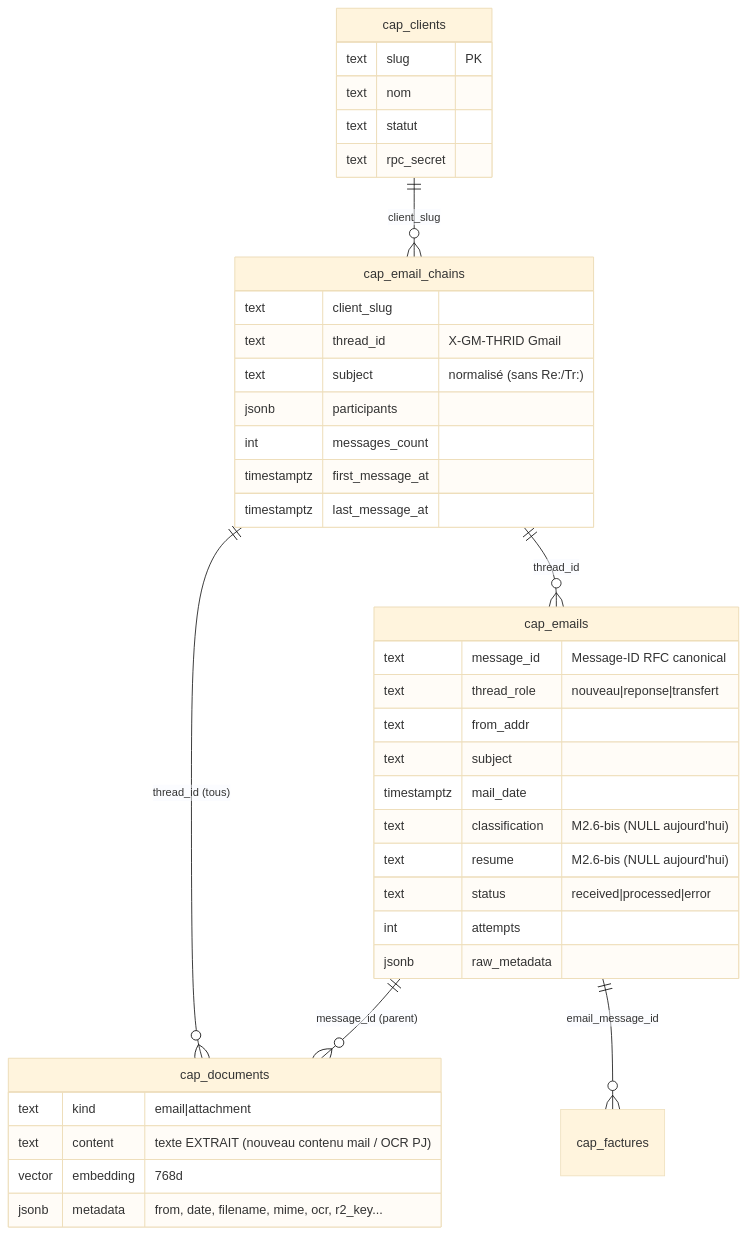
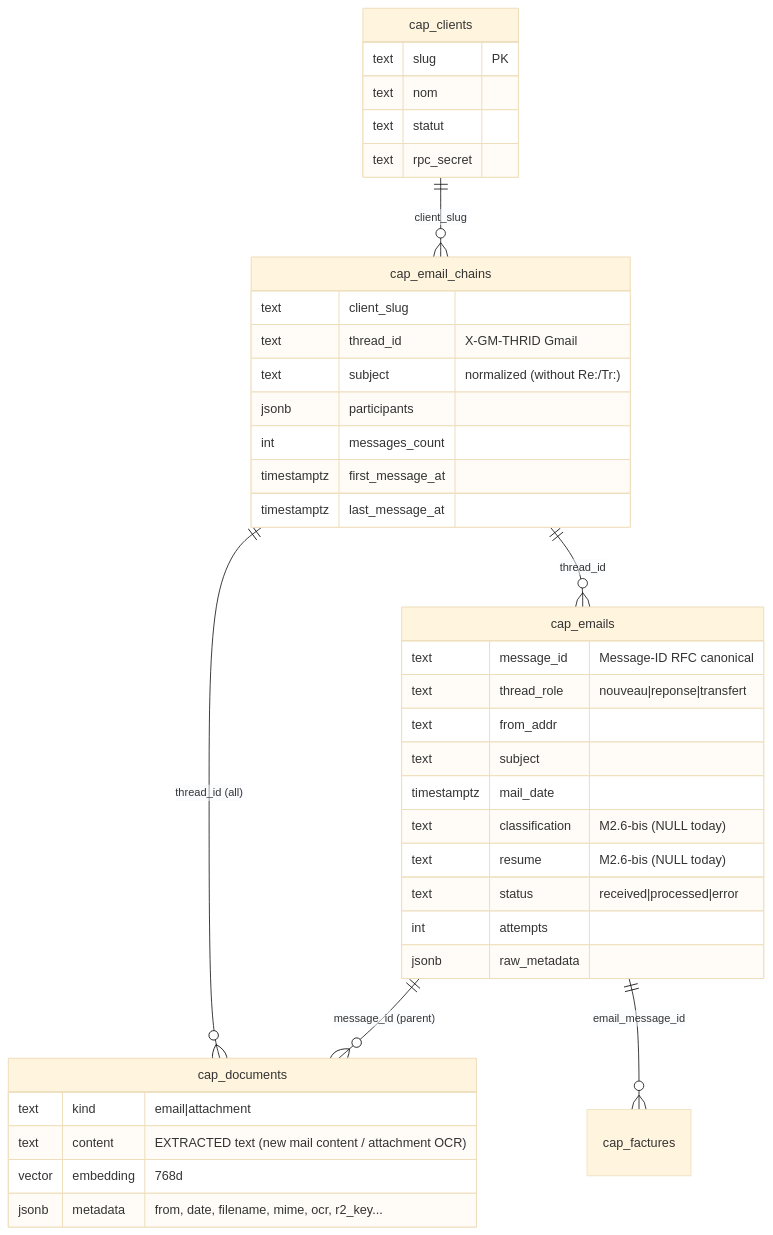
Before and after one commit to Dredouane/VPS: the diagram in HermesCapabilities/WEBAPP_DATA_MAPPING.md, drawn with Mermaid (base theme). The commit also changed other lines of this file and 83 other files, not shown here.

````diff
--- a/HermesCapabilities/WEBAPP_DATA_MAPPING.md
+++ b/HermesCapabilities/WEBAPP_DATA_MAPPING.md
@@ -12,41 +12,41 @@
 ```mermaid
 erDiagram
     cap_clients ||--o{ cap_email_chains : "client_slug"
     cap_email_chains ||--o{ cap_emails : "thread_id"
     cap_emails ||--o{ cap_documents : "message_id (parent)"
-    cap_email_chains ||--o{ cap_documents : "thread_id (tous)"
+    cap_email_chains ||--o{ cap_documents : "thread_id (all)"
     cap_emails ||--o{ cap_factures : "email_message_id"
     cap_clients {
         text slug PK
         text nom
         text statut
         text rpc_secret
     }
     cap_email_chains {
         text client_slug
         text thread_id "X-GM-THRID Gmail"
-        text subject "normalisé (sans Re:/Tr:)"
+        text subject "normalized (without Re:/Tr:)"
         jsonb participants
         int messages_count
         timestamptz first_message_at
         timestamptz last_message_at
     }
     cap_emails {
         text message_id "Message-ID RFC canonical"
         text thread_role "nouveau|reponse|transfert"
         text from_addr
         text subject
         timestamptz mail_date
-        text classification "M2.6-bis (NULL aujourd'hui)"
-        text resume "M2.6-bis (NULL aujourd'hui)"
+        text classification "M2.6-bis (NULL today)"
+        text resume "M2.6-bis (NULL today)"
         text status "received|processed|error"
         int attempts
         jsonb raw_metadata
     }
     cap_documents {
         text kind "email|attachment"
-        text content "texte EXTRAIT (nouveau contenu mail / OCR PJ)"
+        text content "EXTRACTED text (new mail content / attachment OCR)"
         vector embedding "768d"
         jsonb metadata "from, date, filename, mime, ocr, r2_key..."
     }
 ```
````
